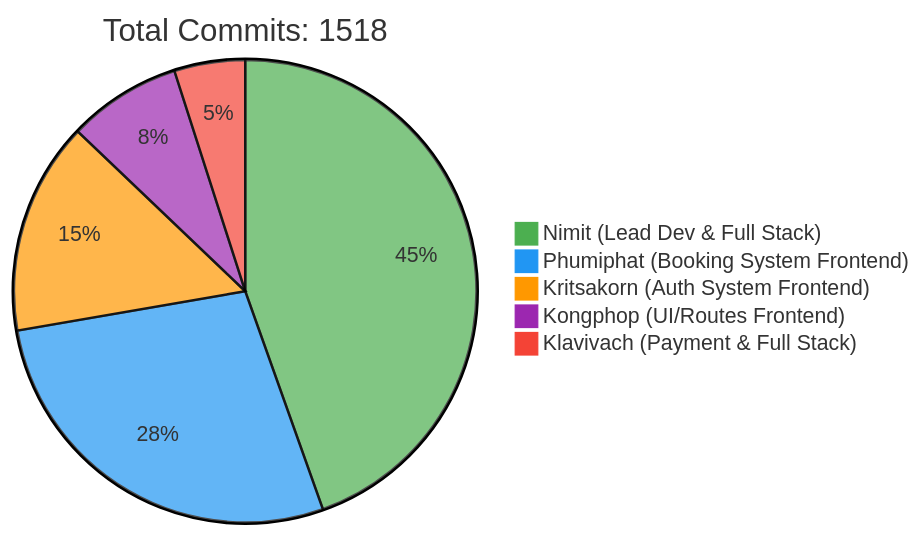
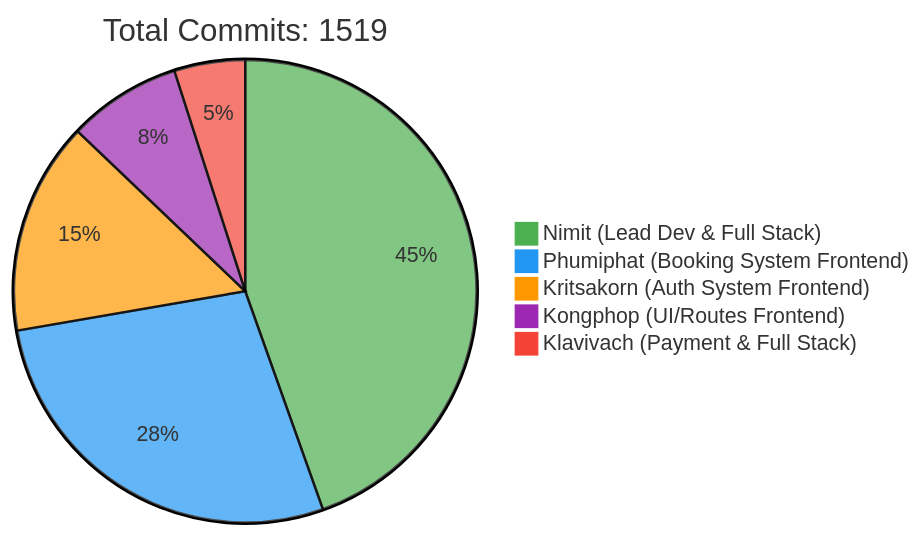
The first of 2 diagrams in README.md (6531503042/Sport-Complex), drawn with Mermaid before and after one commit. The commit also changed other lines of this file, not shown here.

Commit message:
docs: Update contributor statistics [skip ci]

````diff
--- a/README.md
+++ b/README.md
@@ -257,10 +257,10 @@
 ```mermaid
 %%{init: {'theme': 'base', 'themeVariables': { 'pie1': '#4CAF50', 'pie2': '#2196F3', 'pie3': '#FF9800', 'pie4': '#9C27B0', 'pie5': '#F44336'}}}%%
 pie
-    title Total Commits: 1518
+    title Total Commits: 1519
     "Nimit (Lead Dev & Full Stack)" : 450
     "Phumiphat (Booking System Frontend)" : 280
     "Kritsakorn (Auth System Frontend)" : 150
     "Kongphop (UI/Routes Frontend)" : 80
     "Klavivach (Payment & Full Stack)" : 50
 ```
````
